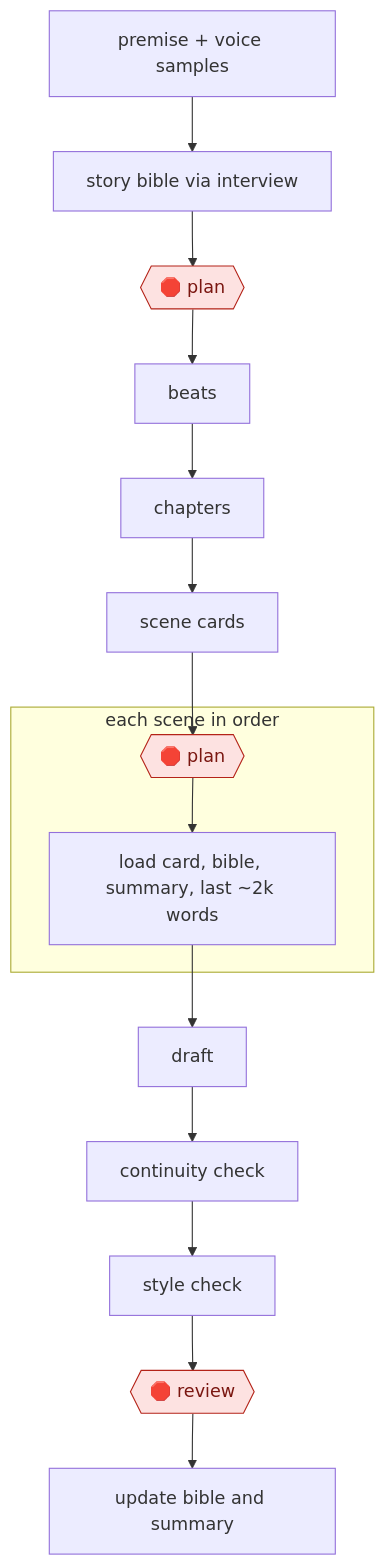
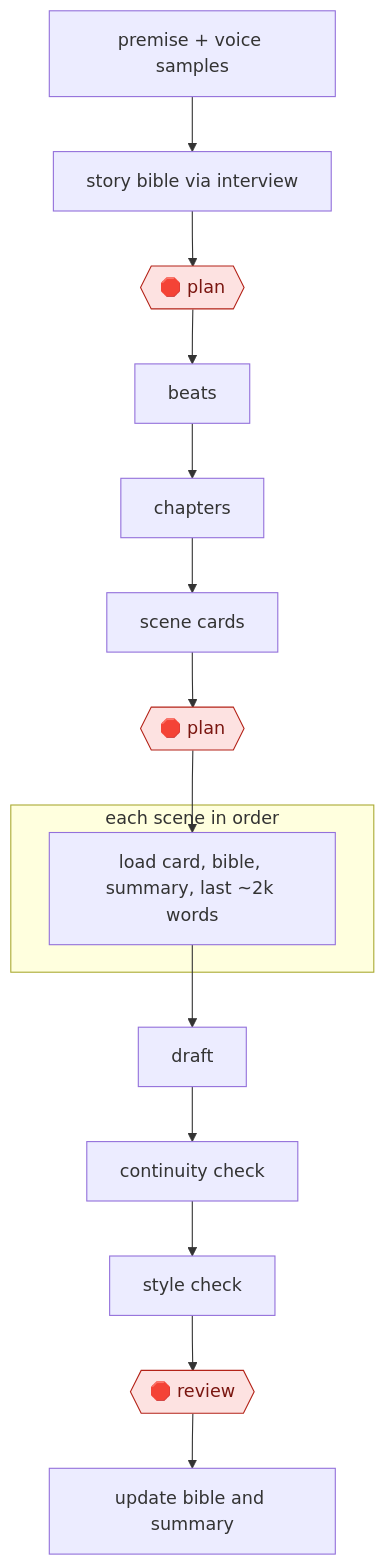
Before and after one commit to milesradford99/agent-workflow-atlas: the diagram in workflows/CRE/WRI/FICTION/bible-driven-novel-draft/README.md, drawn with Mermaid. The commit also changed other lines of this file and 171 other files, not shown here.

````diff
--- a/workflows/CRE/WRI/FICTION/bible-driven-novel-draft/README.md
+++ b/workflows/CRE/WRI/FICTION/bible-driven-novel-draft/README.md
@@ -29,31 +30,31 @@
 ```mermaid
 flowchart TD
   n1["premise + voice samples"]
   n2["story bible via interview"]
-  n1 --> n2
   n3{{"🛑 plan"}}:::stop
-  n2 --> n3
   n4["beats"]
-  n3 --> n4
   n5["chapters"]
-  n4 --> n5
   n6["scene cards"]
-  n5 --> n6
   n7{{"🛑 plan"}}:::stop
-  n6 --> n7
   subgraph s8["each scene in order"]
   n9["load card, bible, summary, last ~2k words"]
-  n7 --> n9
   end
   n10["draft"]
+  n11["continuity check"]
+  n12["style check"]
+  n13{{"🛑 review"}}:::stop
+  n14["update bible and summary"]
+  n1 --> n2
+  n2 --> n3
+  n3 --> n4
+  n4 --> n5
+  n5 --> n6
+  n6 --> n7
+  n7 --> n9
   n9 --> n10
-  n11["continuity check"]
   n10 --> n11
-  n12["style check"]
   n11 --> n12
-  n13{{"🛑 review"}}:::stop
   n12 --> n13
-  n14["update bible and summary"]
   n13 --> n14
   classDef stop fill:#fde2e1,stroke:#b42318,color:#7a1610
 ```
````
